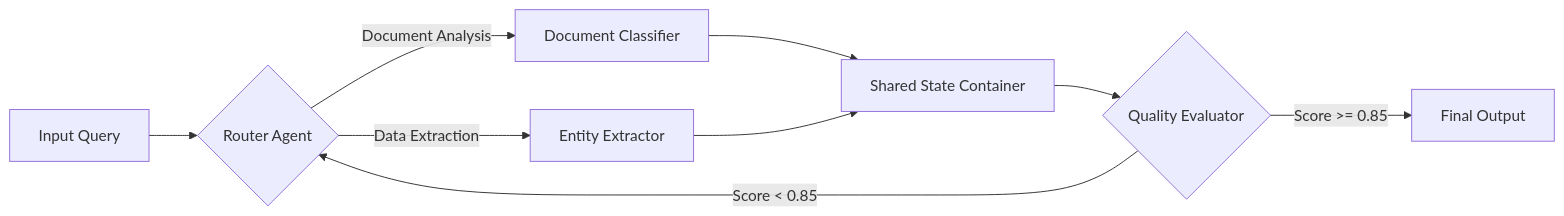
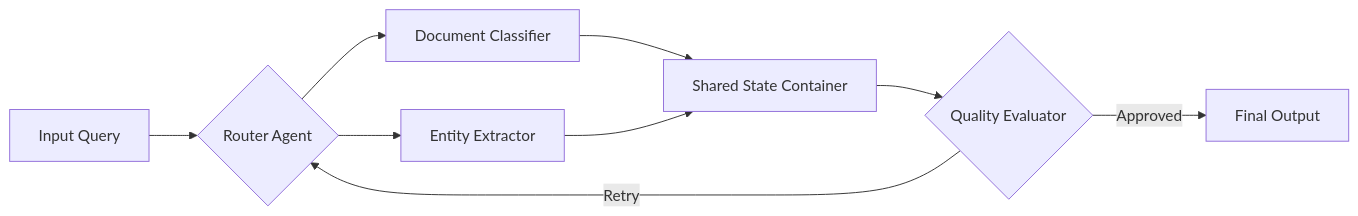
One commit to sricheru/agentic-ai-portfolio changed the third of 20 diagrams in genai_enterprise_usecases/ARCHITECTURE_GUIDE.md. Above: the diagram before and after it, drawn with Mermaid. The commit also changed other lines of this file, not shown here.

Commit message:
fix(mermaid): switch to pure flowchart TD and remove label collisions

````diff
--- a/genai_enterprise_usecases/ARCHITECTURE_GUIDE.md
+++ b/genai_enterprise_usecases/ARCHITECTURE_GUIDE.md
@@ -59,11 +59,11 @@
 ```mermaid
-graph LR
-    StartNode["Input Query"] --> Router{"Router Agent"}
-    Router -->|Document Analysis| Classifier["Document Classifier"]
-    Router -->|Data Extraction| Extractor["Entity Extractor"]
-    Classifier --> StateReducer["Shared State Container"]
+flowchart LR
+    StartNode[Input Query] --> Router{Router Agent}
+    Router --> Classifier[Document Classifier]
+    Router --> Extractor[Entity Extractor]
+    Classifier --> StateReducer[Shared State Container]
     Extractor --> StateReducer
-    StateReducer --> Evaluator{"Quality Evaluator"}
-    Evaluator -->|Score < 0.85| Router
-    Evaluator -->|Score >= 0.85| EndNode["Final Output"]
+    StateReducer --> Evaluator{Quality Evaluator}
+    Evaluator -->|Retry| Router
+    Evaluator -->|Approved| EndNode[Final Output]
 ```
````
